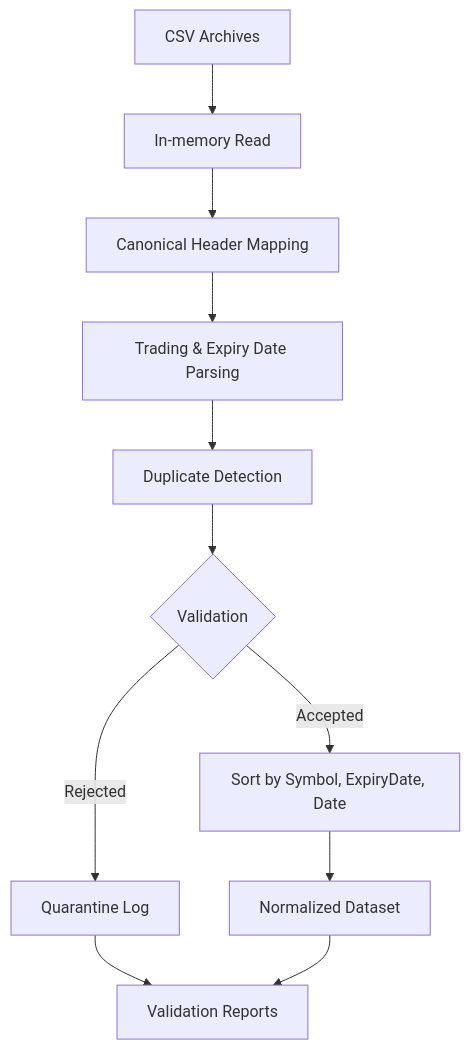
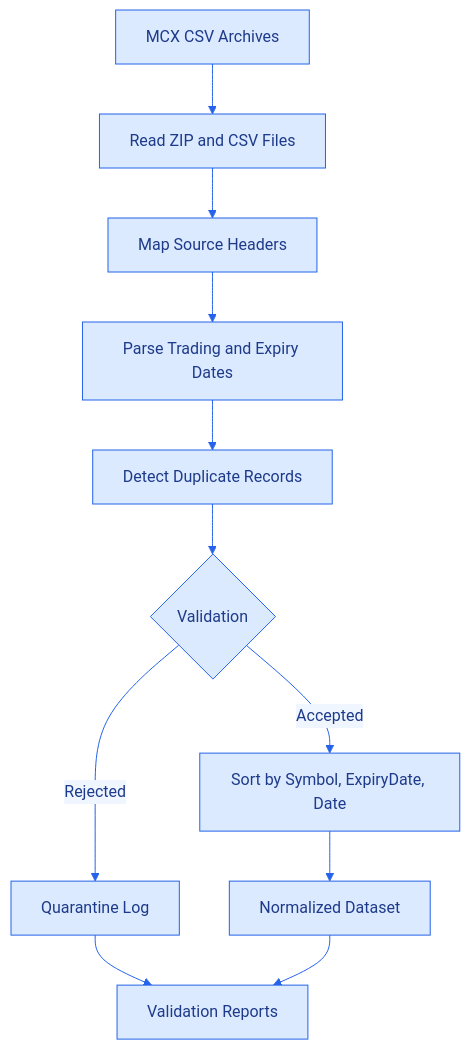
Before and after one commit to nitin25J/SwarnaNet: the second of 3 diagrams in README.md, drawn with Mermaid. The commit also changed other lines of this file, not shown here.

````diff
--- a/README.md
+++ b/README.md
@@ -33,13 +36,14 @@
 ```mermaid
+%%{init: {"theme":"base","themeVariables":{"background":"#ffffff","primaryColor":"#dbeafe","primaryTextColor":"#1e3a8a","primaryBorderColor":"#2563eb","lineColor":"#2563eb","secondaryColor":"#bfdbfe","secondaryTextColor":"#1e40af","secondaryBorderColor":"#3b82f6","tertiaryColor":"#eff6ff","tertiaryTextColor":"#1e3a8a","tertiaryBorderColor":"#60a5fa","edgeLabelBackground":"#eff6ff","clusterBkg":"#eff6ff","clusterBorder":"#2563eb"}}}%%
 flowchart TD
-    A[CSV Archives] --> B[In-memory Read]
-    B --> C[Canonical Header Mapping]
-    C --> D[Trading & Expiry Date Parsing]
-    D --> E[Duplicate Detection]
+    A[MCX CSV Archives] --> B[Read ZIP and CSV Files]
+    B --> C[Map Source Headers]
+    C --> D[Parse Trading and Expiry Dates]
+    D --> E[Detect Duplicate Records]
     E --> F{Validation}
     F -->|Accepted| G[Sort by Symbol, ExpiryDate, Date]
     F -->|Rejected| H[Quarantine Log]
     G --> I[Normalized Dataset]
     H --> J[Validation Reports]
     I --> J
 ```
````
